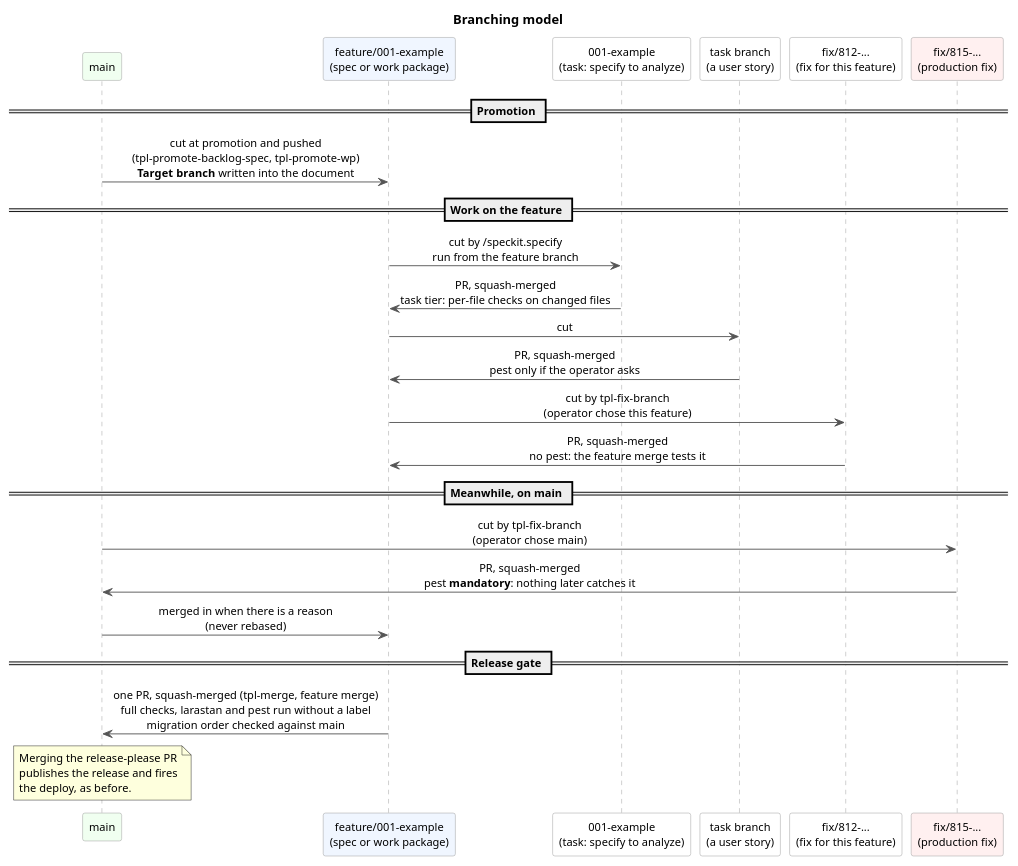
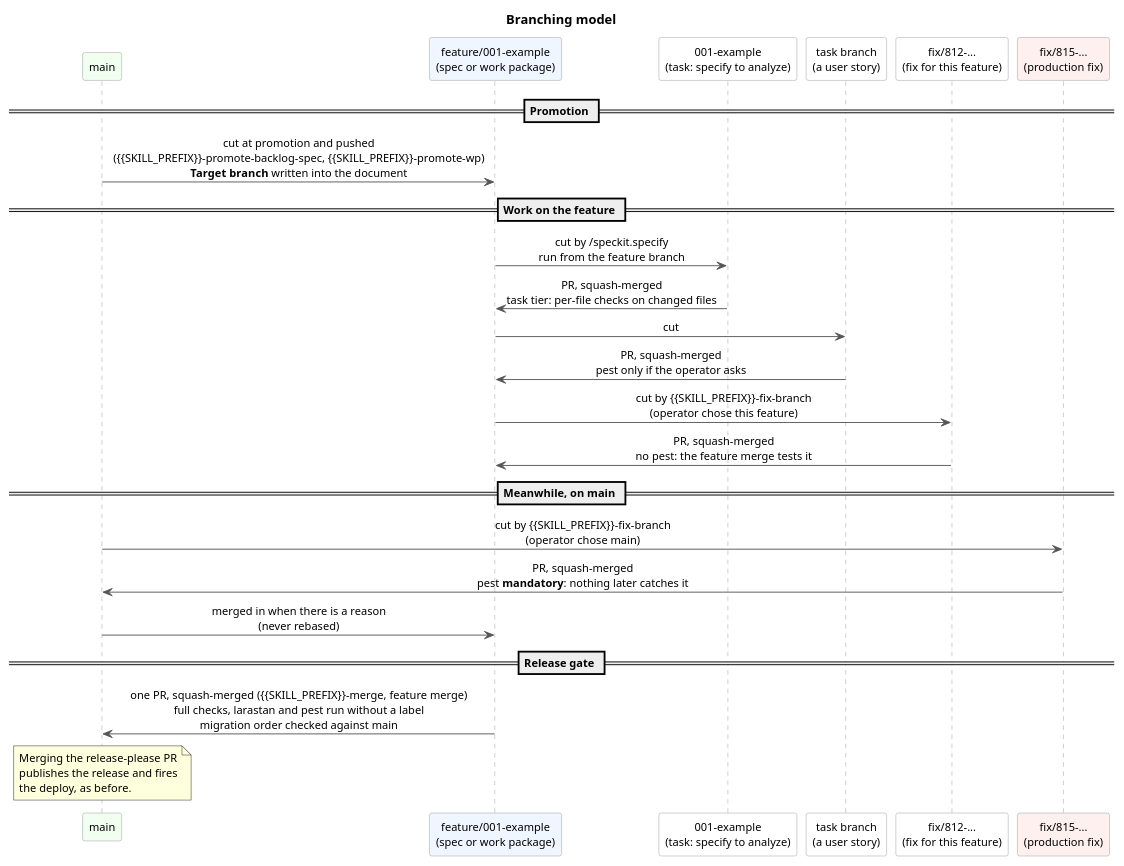
Before and after one commit to AnalysisByDesign/laravel_template: the diagram in docs/development/branching-model.puml, drawn with PlantUML. The commit also changed 97 other files, not shown here.

```diff
--- a/docs/development/branching-model.puml
+++ b/docs/development/branching-model.puml
@@ -1,61 +1,61 @@
 @startuml branching-model
 ' The feature-branch model.
 '
 ' Source of record: the
 ' "Branching & PR workflow" section of CLAUDE.md.
 ' The pre-commit hook renders the PNG for any staged .puml automatically.
 '
 ' Drawn as a sequence diagram because a branch is a lifeline: time runs
 ' downwards, and each arrow is a branch being cut or a PR being merged.
 
 title Branching model
 
 skinparam backgroundColor #FFFFFF
 skinparam shadowing false
 skinparam defaultFontName Helvetica
 skinparam defaultFontSize 12
 skinparam ArrowColor #555555
 skinparam sequenceMessageAlign center
 skinparam sequence {
   LifeLineBorderColor #999999
   ParticipantBorderColor #999999
   ParticipantBackgroundColor #FFFFFF
   GroupBorderColor #BBBBBB
   GroupBackgroundColor #FAFAFA
 }
 
 participant "main" as main #F0FFF0
 participant "feature/001-example\n(spec or work package)" as feat #F0F6FF
 participant "001-example\n(task: specify to analyze)" as t1
 participant "task branch\n(a user story)" as t2
 participant "fix/812-...\n(fix for this feature)" as fx
 participant "fix/815-...\n(production fix)" as pfx #FFF0F0
 
 == Promotion ==
-main -> feat : cut at promotion and pushed\n(tpl-promote-backlog-spec, tpl-promote-wp)\n**Target branch** written into the document
+main -> feat : cut at promotion and pushed\n({{SKILL_PREFIX}}-promote-backlog-spec, {{SKILL_PREFIX}}-promote-wp)\n**Target branch** written into the document
 
 == Work on the feature ==
 feat -> t1 : cut by /speckit.specify\nrun from the feature branch
 t1 -> feat : PR, squash-merged\ntask tier: per-file checks on changed files
 feat -> t2 : cut
 t2 -> feat : PR, squash-merged\npest only if the operator asks
 
-feat -> fx : cut by tpl-fix-branch\n(operator chose this feature)
+feat -> fx : cut by {{SKILL_PREFIX}}-fix-branch\n(operator chose this feature)
 fx -> feat : PR, squash-merged\nno pest: the feature merge tests it
 
 == Meanwhile, on main ==
-main -> pfx : cut by tpl-fix-branch\n(operator chose main)
+main -> pfx : cut by {{SKILL_PREFIX}}-fix-branch\n(operator chose main)
 pfx -> main : PR, squash-merged\npest **mandatory**: nothing later catches it
 
 main -> feat : merged in when there is a reason\n(never rebased)
 
 == Release gate ==
-feat -> main : one PR, squash-merged (tpl-merge, feature merge)\nfull checks, larastan and pest run without a label\nmigration order checked against main
+feat -> main : one PR, squash-merged ({{SKILL_PREFIX}}-merge, feature merge)\nfull checks, larastan and pest run without a label\nmigration order checked against main
 
 note over main
   Merging the release-please PR
   publishes the release and fires
   the deploy, as before.
 end note
 
 @enduml
```
